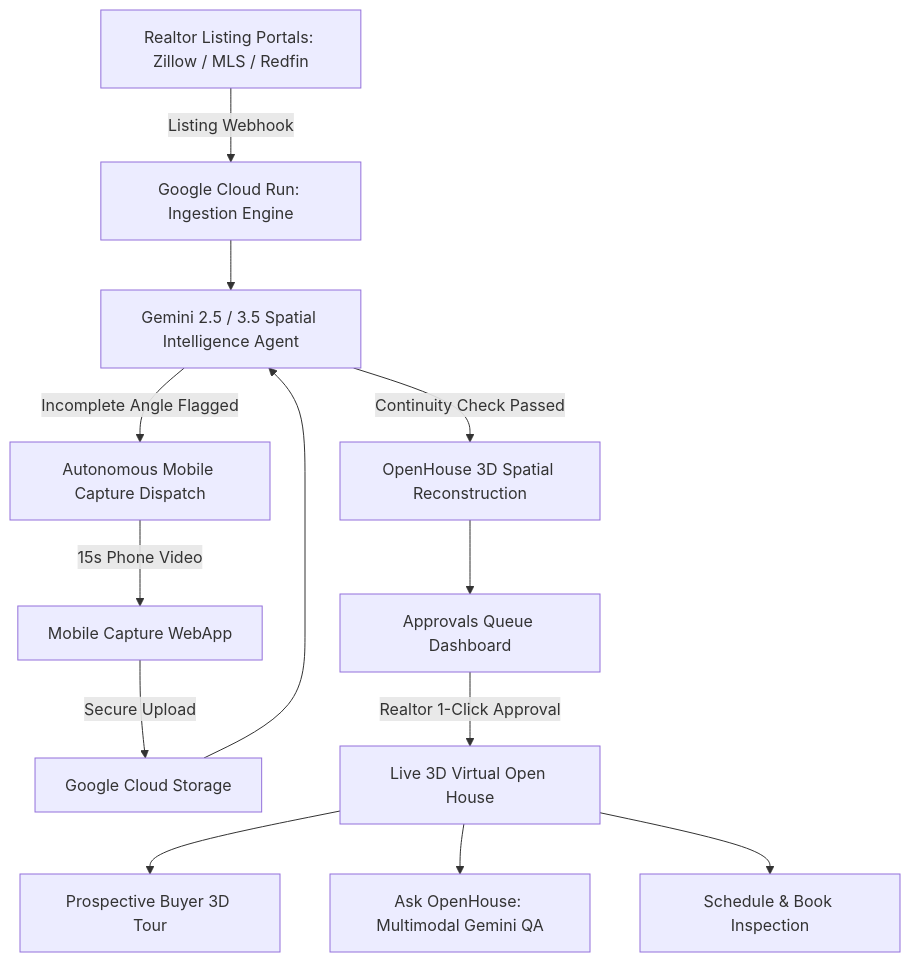
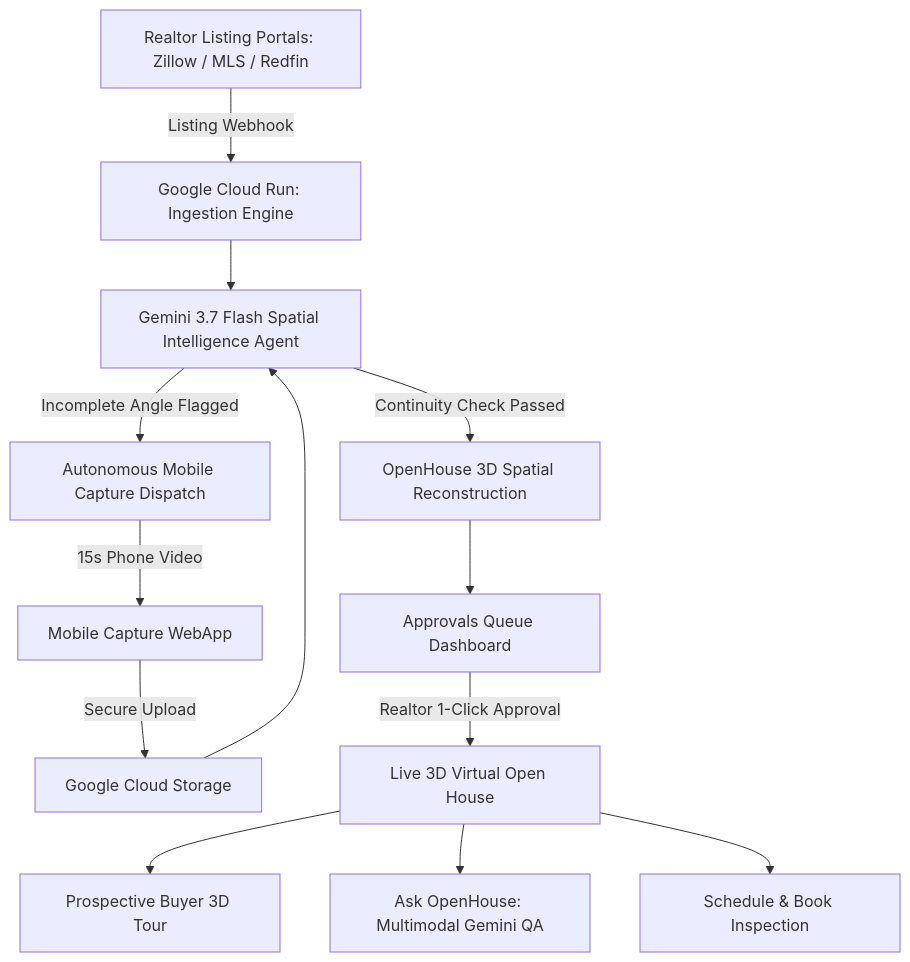
The diagram in README.md (Bigestdave/OpenHouse), drawn with Mermaid before and after one commit. The commit also changed other lines of this file and 36 other files, not shown here.

Commit message:
docs & core: update model to Gemini 3.7 Flash across SDK integrations and README

````diff
--- a/README.md
+++ b/README.md
@@ -38,19 +38,19 @@
 ```mermaid
 graph TD
     A[Realtor Listing Portals: Zillow / MLS / Redfin] -->|Listing Webhook| B[Google Cloud Run: Ingestion Engine]
-    B --> C[Gemini 2.5 / 3.5 Spatial Intelligence Agent]
+    B --> C[Gemini 3.7 Flash Spatial Intelligence Agent]
     
     C -->|Continuity Check Passed| D[OpenHouse 3D Spatial Reconstruction]
     C -->|Incomplete Angle Flagged| E[Autonomous Mobile Capture Dispatch]
     
     E -->|15s Phone Video| F[Mobile Capture WebApp]
     F -->|Secure Upload| G[Google Cloud Storage]
     G --> C
     
     D --> H[Approvals Queue Dashboard]
     H -->|Realtor 1-Click Approval| I[Live 3D Virtual Open House]
     
     I --> J[Prospective Buyer 3D Tour]
     I --> K[Ask OpenHouse: Multimodal Gemini QA]
     I --> L[Schedule & Book Inspection]
 ```
````
